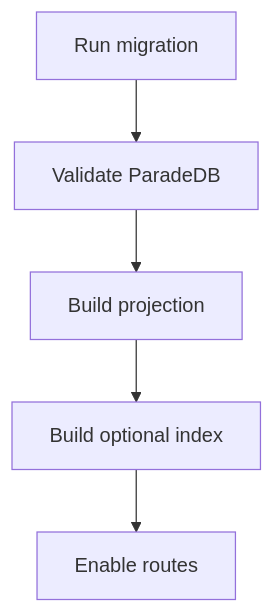
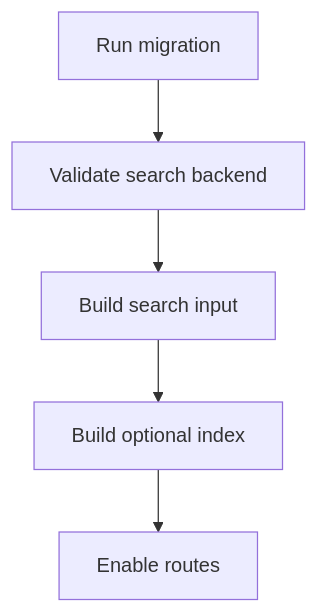
The seventh of 7 diagrams in .kiro/specs/osu-direct/design.md (Reticulmz/athena), drawn with Mermaid before and after one commit. The commit also changed other lines of this file and 3 other files, not shown here.

````diff
--- a/.kiro/specs/osu-direct/design.md
+++ b/.kiro/specs/osu-direct/design.md
@@ -734,7 +736,7 @@
 ```mermaid
 flowchart TB
-    Migration[Run migration] --> Validate[Validate ParadeDB]
-    Validate --> Projection[Build projection]
-    Projection --> External[Build optional index]
+    Migration[Run migration] --> Validate[Validate search backend]
+    Validate --> SearchInput[Build search input]
+    SearchInput --> External[Build optional index]
     External --> Routes[Enable routes]
 ```
````
